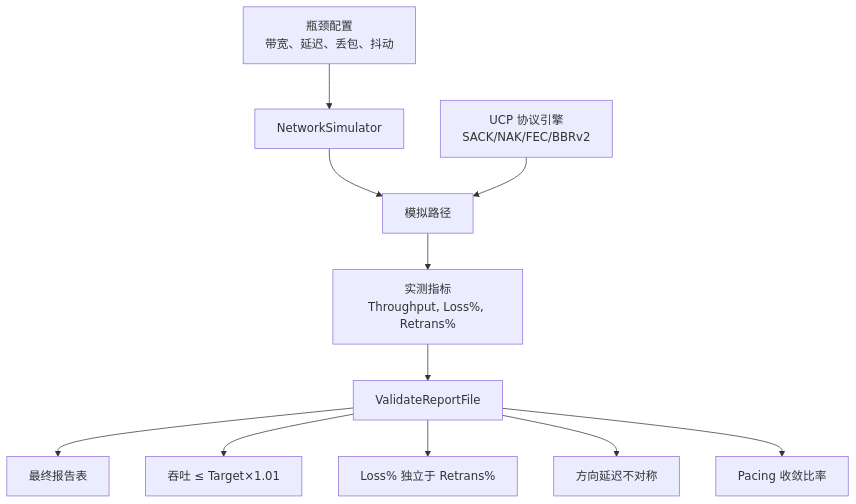
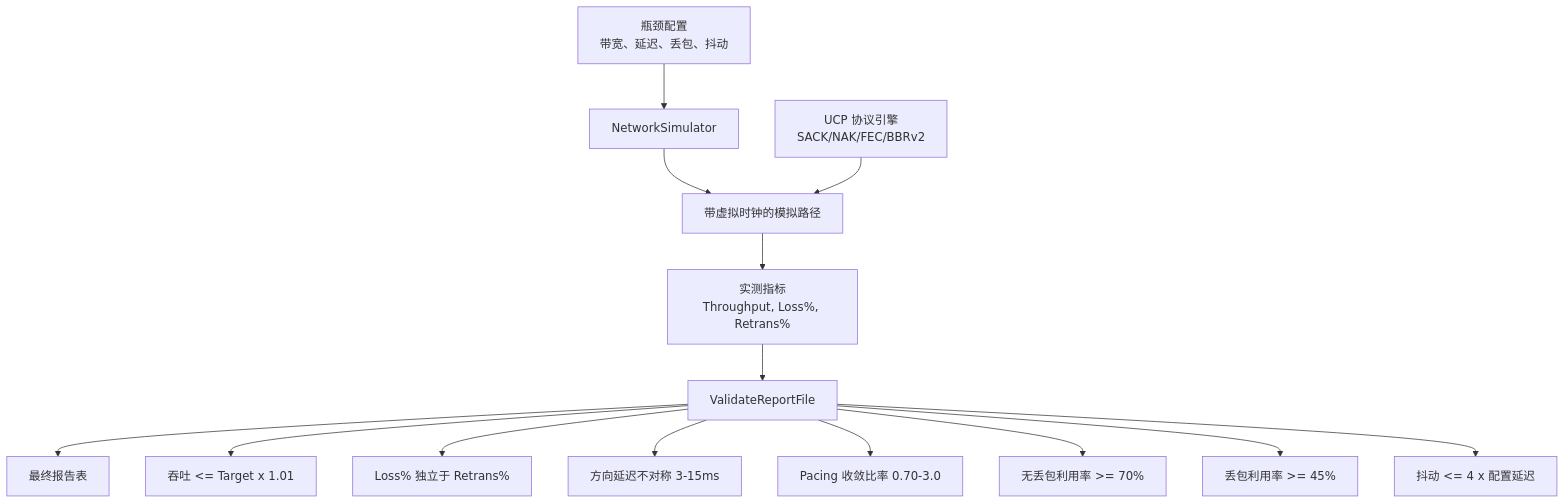
One commit to liulilittle/ucp changed the first of 4 diagrams in docs/performance_CN.md. Above: the diagram before and after it, drawn with Mermaid. The commit also changed other lines of this file and 17 other files, not shown here.

````diff
--- a/docs/performance_CN.md
+++ b/docs/performance_CN.md
@@ -17,14 +17,17 @@
 ```mermaid
 flowchart TD
     Config[瓶颈配置<br/>带宽、延迟、丢包、抖动] --> Sim[NetworkSimulator]
-    Sim --> Net[模拟路径]
+    Sim --> Net[带虚拟时钟的模拟路径]
     UCP[UCP 协议引擎<br/>SACK/NAK/FEC/BBRv2] --> Net
     Net --> Metrics[实测指标<br/>Throughput, Loss%, Retrans%]
     Metrics --> Validate[ValidateReportFile]
     Validate --> Report[最终报告表]
 
-    Validate --> Check1[吞吐 ≤ Target×1.01]
+    Validate --> Check1[吞吐 <= Target x 1.01]
     Validate --> Check2[Loss% 独立于 Retrans%]
-    Validate --> Check3[方向延迟不对称]
-    Validate --> Check4[Pacing 收敛比率]
+    Validate --> Check3[方向延迟不对称 3-15ms]
+    Validate --> Check4[Pacing 收敛比率 0.70-3.0]
+    Validate --> Check5[无丢包利用率 >= 70%]
+    Validate --> Check6[丢包利用率 >= 45%]
+    Validate --> Check7[抖动 <= 4 x 配置延迟]
 ```
````
